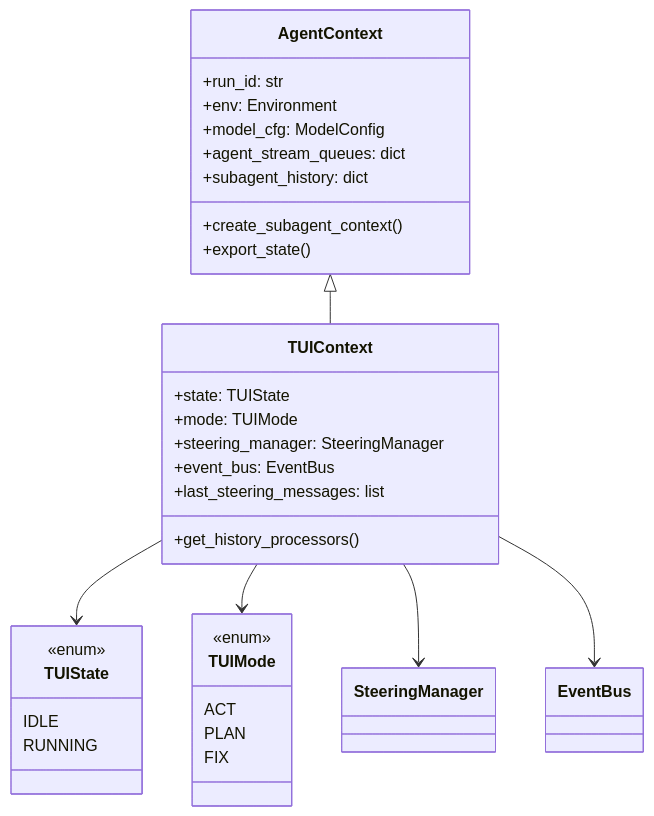
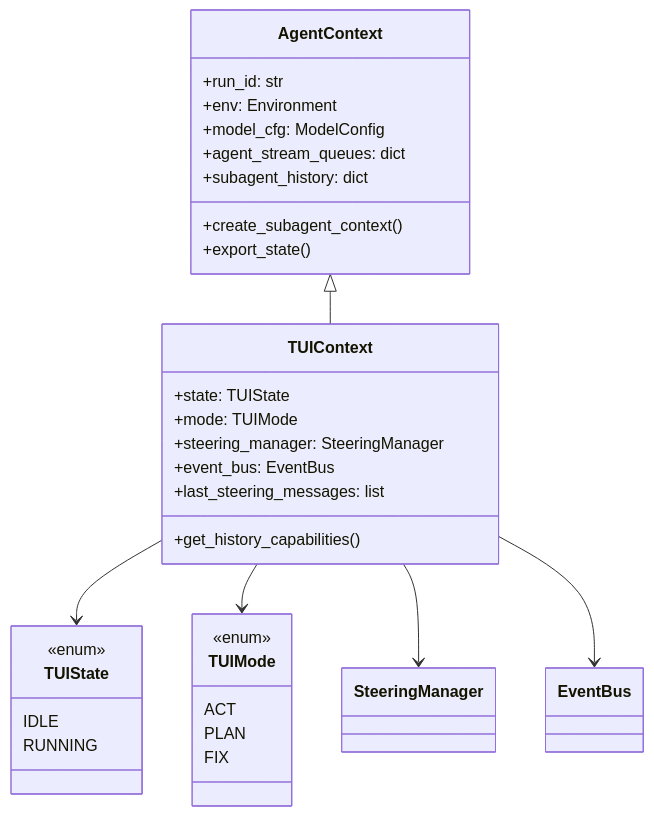
The third of 4 diagrams in packages/yaacli/spec/04-steering.md (Alexsu26/ya-mono), drawn with Mermaid before and after one commit. The commit also changed other lines of this file and 72 other files, not shown here.

````diff
--- a/packages/yaacli/spec/04-steering.md
+++ b/packages/yaacli/spec/04-steering.md
@@ -235,40 +235,40 @@
 ```mermaid
 classDiagram
     class AgentContext {
         +run_id: str
         +env: Environment
         +model_cfg: ModelConfig
         +agent_stream_queues: dict
         +subagent_history: dict
         +create_subagent_context()
         +export_state()
     }
 
     class TUIContext {
         +state: TUIState
         +mode: TUIMode
         +steering_manager: SteeringManager
         +event_bus: EventBus
         +last_steering_messages: list
-        +get_history_processors()
+        +get_history_capabilities()
     }
 
     class TUIState {
         <<enum>>
         IDLE
         RUNNING
     }
 
     class TUIMode {
         <<enum>>
         ACT
         PLAN
         FIX
     }
 
     AgentContext <|-- TUIContext
     TUIContext --> TUIState
     TUIContext --> TUIMode
     TUIContext --> SteeringManager
     TUIContext --> EventBus
 ```
````
